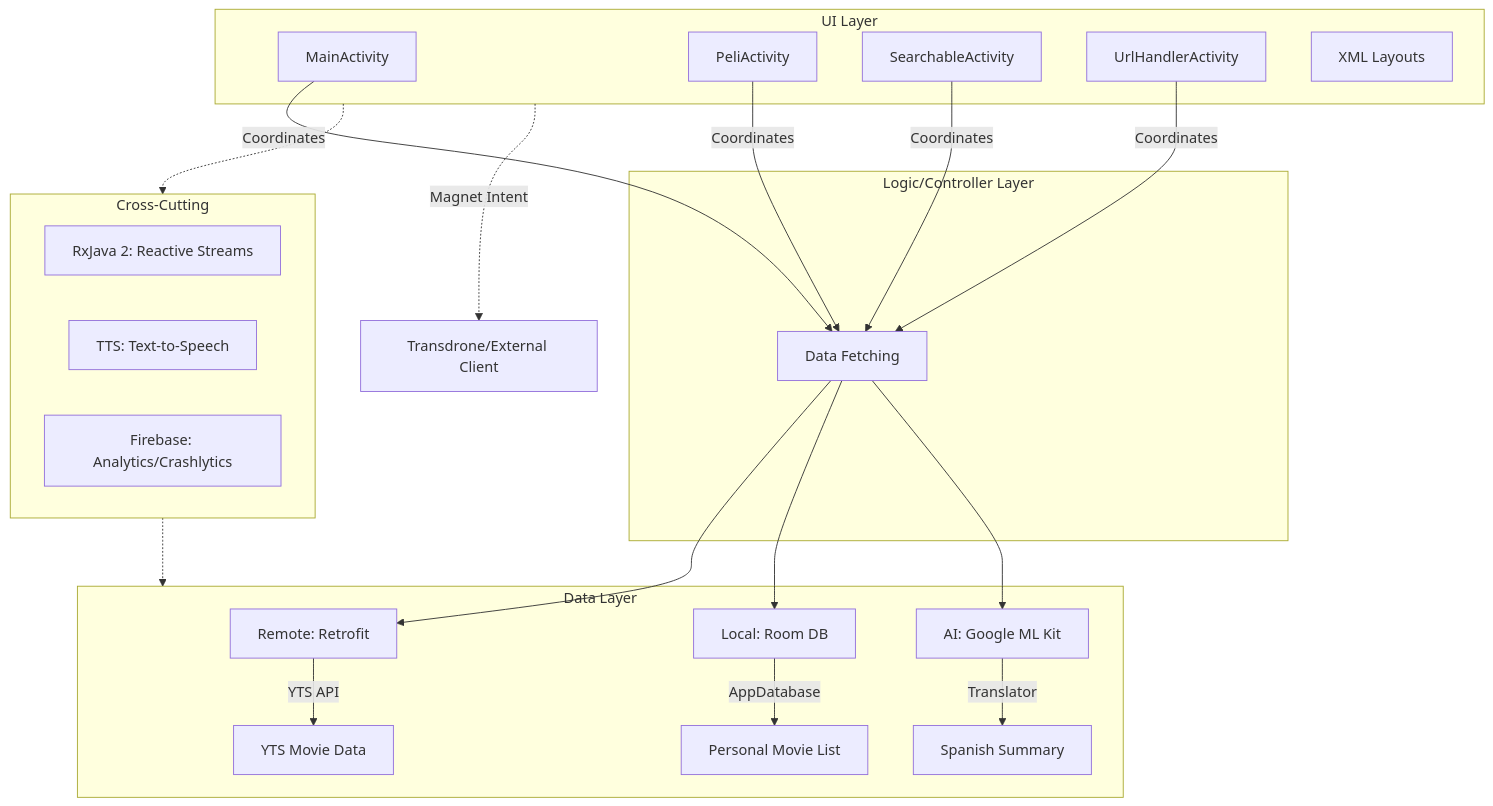
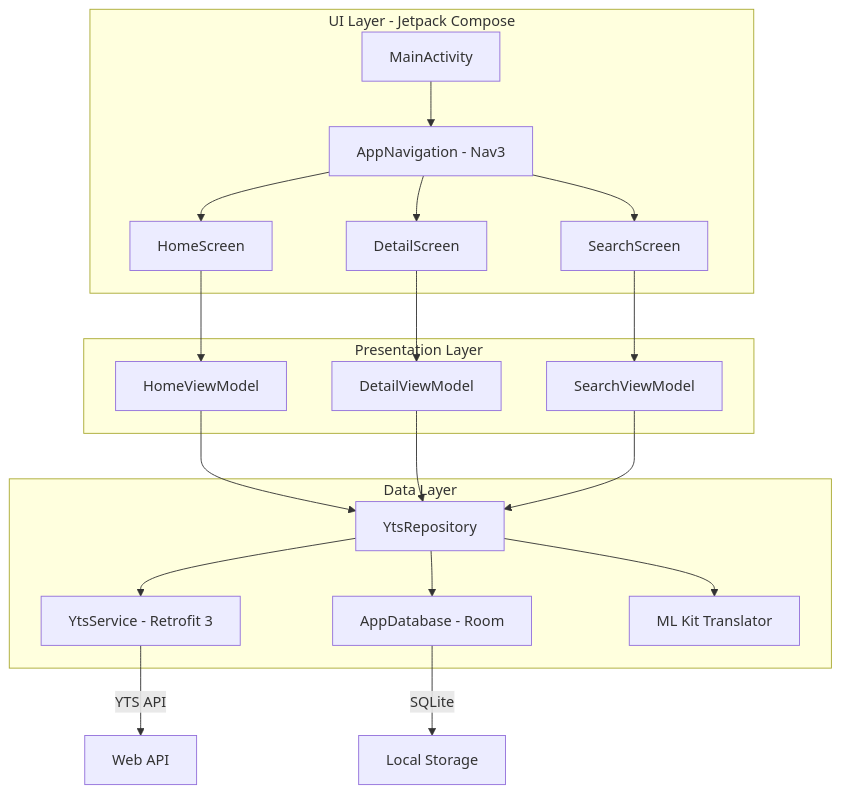
Before and after one commit to martinrevert/LaTorrentola: the first of 4 diagrams in README.md, drawn with Mermaid. The commit also changed other lines of this file and 1 other file, not shown here.

````diff
--- a/README.md
+++ b/README.md
@@ -20,37 +25,37 @@
 ```mermaid
 graph TD
-    subgraph UI_Layer [UI Layer]
-        A[MainActivity]
-        B[PeliActivity]
-        C[SearchableActivity]
-        D[UrlHandlerActivity]
-        E[XML Layouts]
+    subgraph UI_Layer [UI Layer - Jetpack Compose]
+        MA[MainActivity]
+        NV[AppNavigation - Nav3]
+        HS[HomeScreen]
+        DS[DetailScreen]
+        SS[SearchScreen]
     end
 
-    subgraph Logic_Layer [Logic/Controller Layer]
-        A -->|Coordinates| F[Data Fetching]
-        B -->|Coordinates| F
-        C -->|Coordinates| F
-        D -->|Coordinates| F
+    subgraph Presentation_Layer [Presentation Layer]
+        HVM[HomeViewModel]
+        DVM[DetailViewModel]
+        SVM[SearchViewModel]
     end
 
-    subgraph Data_Layer [Data Layer]
-        F --> G[Remote: Retrofit]
-        F --> H[Local: Room DB]
-        F --> I[AI: Google ML Kit]
-        
-        G -->|YTS API| J[YTS Movie Data]
-        H -->|AppDatabase| L[Personal Movie List]
-        I -->|Translator| M[Spanish Summary]
+    subgraph Domain_Data_Layer [Data Layer]
+        REP[YtsRepository]
+        RS[YtsService - Retrofit 3]
+        DB[AppDatabase - Room]
+        MLK[ML Kit Translator]
     end
 
-    subgraph Cross_Cutting [Cross-Cutting]
-        N[RxJava 2: Reactive Streams]
-        O[TTS: Text-to-Speech]
-        P[Firebase: Analytics/Crashlytics]
-    end
-
-    UI_Layer -.-> Cross_Cutting
-    Cross_Cutting -.-> Data_Layer
-    UI_Layer -.->|Magnet Intent| Q[Transdrone/External Client]
+    MA --> NV
+    NV --> HS & DS & SS
+    HS --> HVM
+    DS --> DVM
+    SS --> SVM
+    
+    HVM & DVM & SVM --> REP
+    REP --> RS
+    REP --> DB
+    REP --> MLK
+    
+    RS -->|YTS API| WAN[Web API]
+    DB -->|SQLite| DISK[Local Storage]
 ```
````
